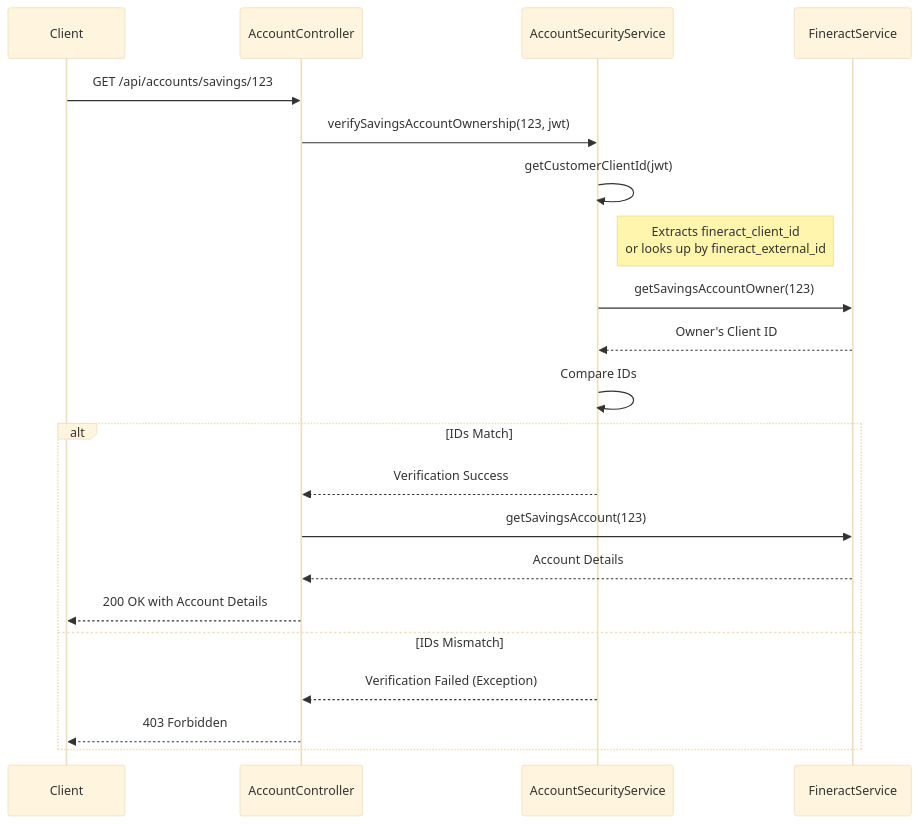
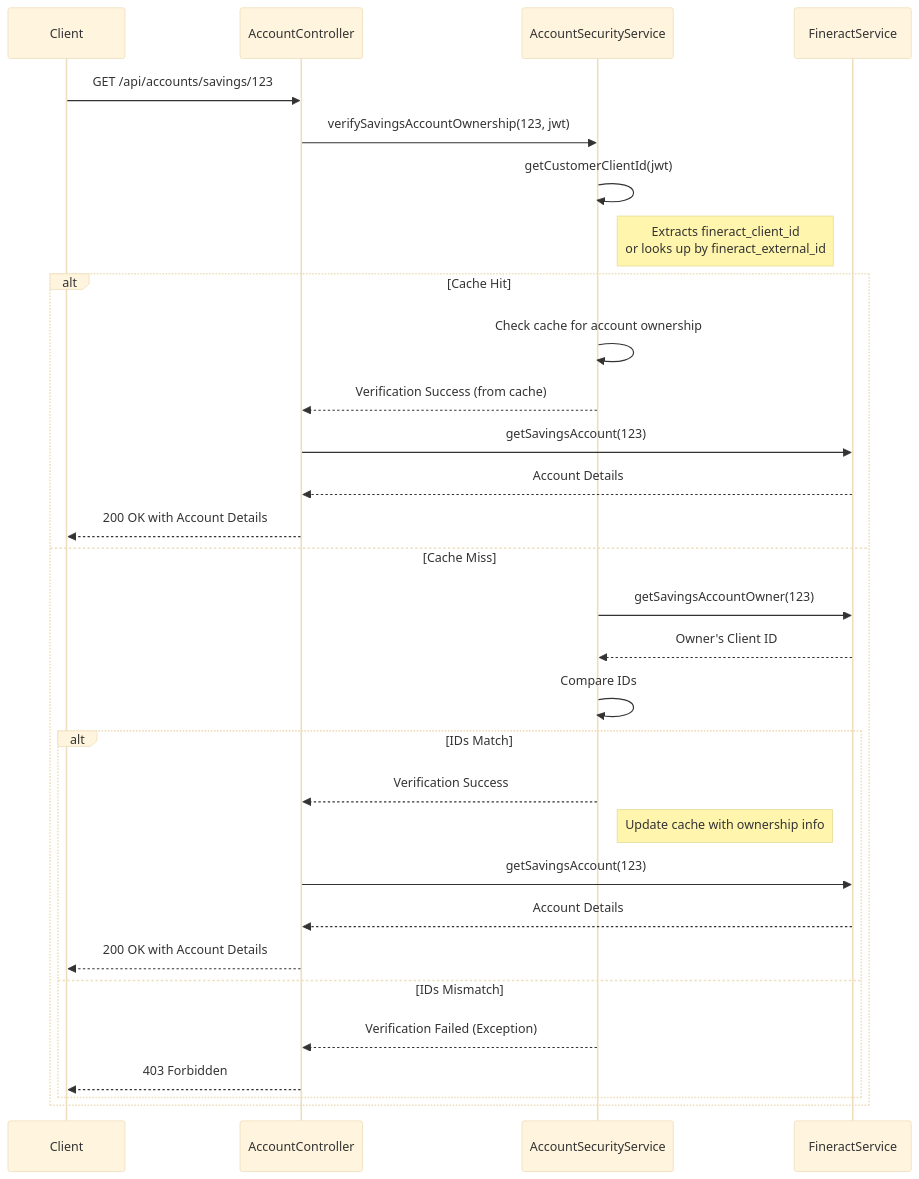
One commit to ADORSYS-GIS/fineract-apps changed the diagram in backend/customer-registration-service/src/docs/account_flow.md. Above: the diagram before and after it, drawn with Mermaid (base theme). The commit also changed other lines of this file, not shown here.

Commit message:
docs: update and enhance account_flow documentation

````diff
--- a/backend/customer-registration-service/src/docs/account_flow.md
+++ b/backend/customer-registration-service/src/docs/account_flow.md
@@ -53,24 +56,34 @@
 ```mermaid
 sequenceDiagram
     participant Client
     participant AccountController
     participant AccountSecurityService
     participant FineractService
 
     Client->>AccountController: GET /api/accounts/savings/123
     AccountController->>AccountSecurityService: verifySavingsAccountOwnership(123, jwt)
     AccountSecurityService->>AccountSecurityService: getCustomerClientId(jwt)
     Note right of AccountSecurityService: Extracts fineract_client_id <br/> or looks up by fineract_external_id
-    AccountSecurityService->>FineractService: getSavingsAccountOwner(123)
-    FineractService-->>AccountSecurityService: Owner's Client ID
-    AccountSecurityService->>AccountSecurityService: Compare IDs
-    alt IDs Match
-        AccountSecurityService-->>AccountController: Verification Success
+
+    alt Cache Hit
+        AccountSecurityService->>AccountSecurityService: Check cache for account ownership
+        AccountSecurityService-->>AccountController: Verification Success (from cache)
         AccountController->>FineractService: getSavingsAccount(123)
         FineractService-->>AccountController: Account Details
         AccountController-->>Client: 200 OK with Account Details
-    else IDs Mismatch
-        AccountSecurityService-->>AccountController: Verification Failed (Exception)
-        AccountController-->>Client: 403 Forbidden
+    else Cache Miss
+        AccountSecurityService->>FineractService: getSavingsAccountOwner(123)
+        FineractService-->>AccountSecurityService: Owner's Client ID
+        AccountSecurityService->>AccountSecurityService: Compare IDs
+        alt IDs Match
+            AccountSecurityService-->>AccountController: Verification Success
+            Note right of AccountSecurityService: Update cache with ownership info
+            AccountController->>FineractService: getSavingsAccount(123)
+            FineractService-->>AccountController: Account Details
+            AccountController-->>Client: 200 OK with Account Details
+        else IDs Mismatch
+            AccountSecurityService-->>AccountController: Verification Failed (Exception)
+            AccountController-->>Client: 403 Forbidden
+        end
     end
 ```
````
